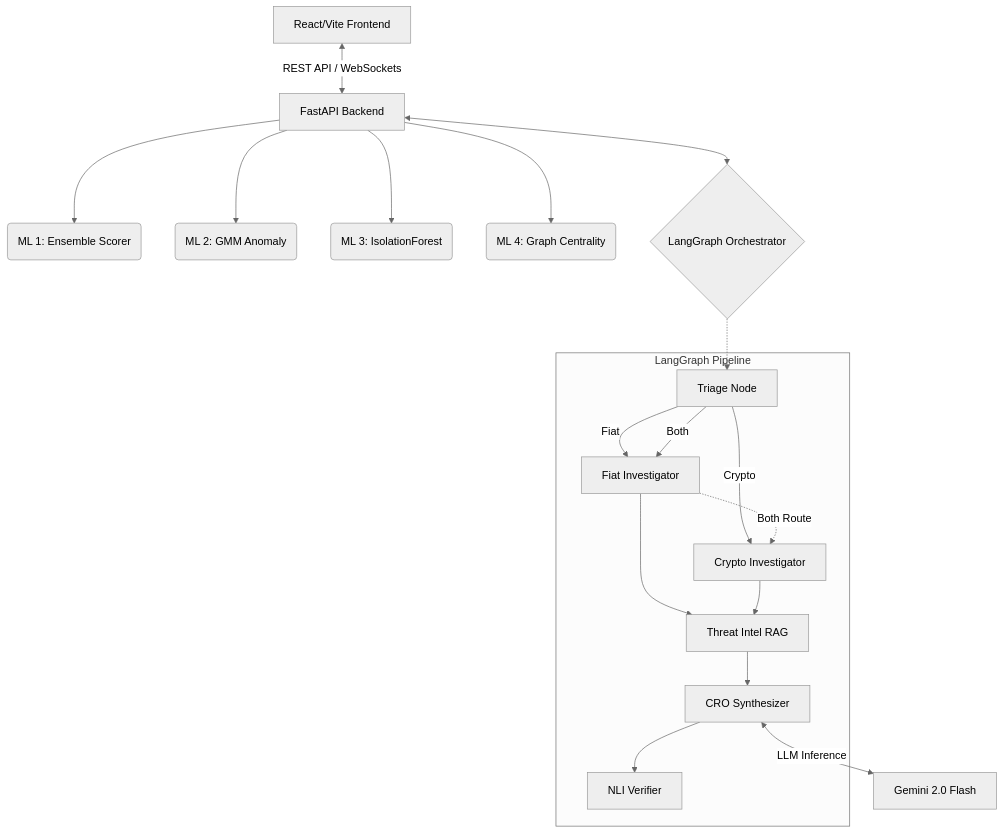
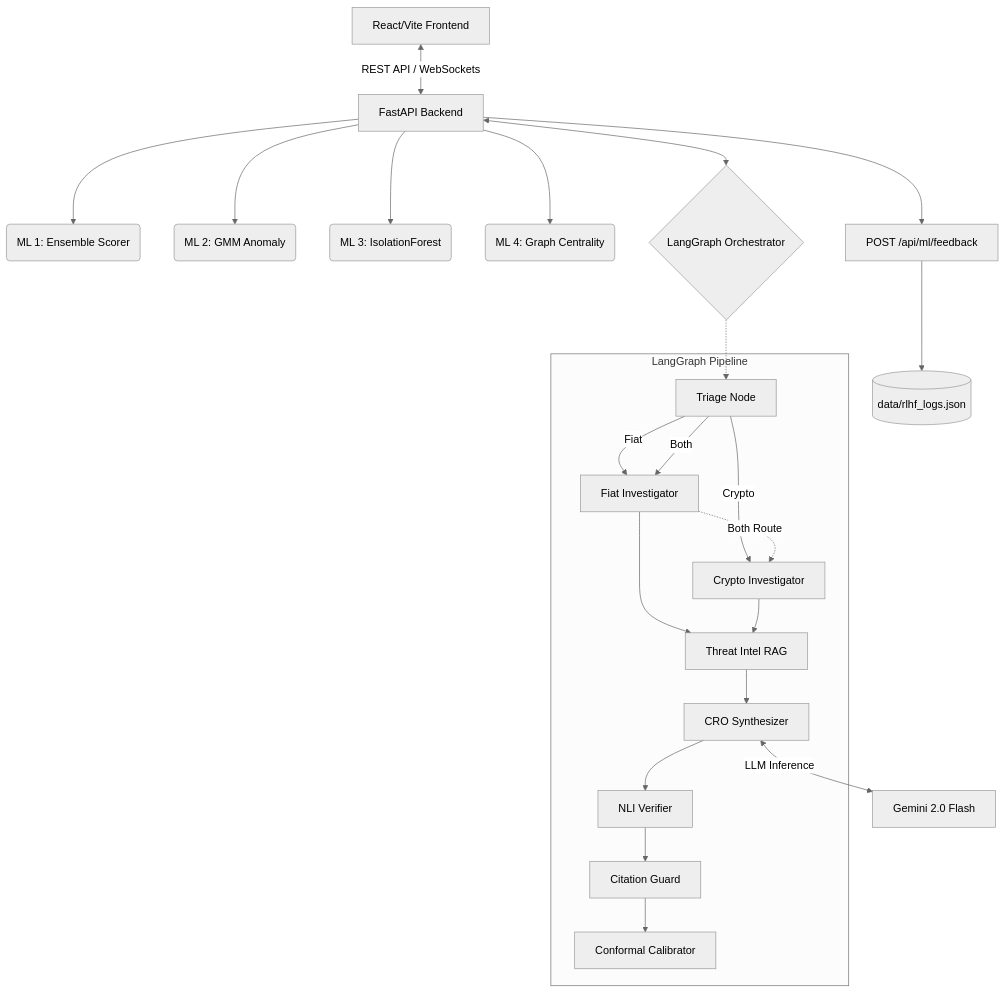
The first of 2 diagrams in README.md (darkphoenix2208/Verifi), drawn with Mermaid (neutral theme) before and after one commit. The commit also changed other lines of this file, not shown here.

Commit message:
docs: update README to feature ML Guardrails (Conformal, Citation Guard, RLHF) and updated System Architecture graphs

````diff
--- a/README.md
+++ b/README.md
@@ -20,23 +20,28 @@
 ```mermaid
 graph TD
     A[React/Vite Frontend] <-->|REST API / WebSockets| B[FastAPI Backend]
     B --> C(ML 1: Ensemble Scorer)
     B --> D(ML 2: GMM Anomaly)
     B --> E(ML 3: IsolationForest)
     B --> F(ML 4: Graph Centrality)
+    B --> RLHF[POST /api/ml/feedback]
+    RLHF --> JSON[(data/rlhf_logs.json)]
+    
     B <--> G{LangGraph Orchestrator}
     
     subgraph LangGraph Pipeline
         G_T[Triage Node] -->|Fiat| G_F[Fiat Investigator]
         G_T -->|Crypto| G_C[Crypto Investigator]
         G_T -->|Both| G_F
         G_F -.->|Both Route| G_C
         G_F --> G_R[Threat Intel RAG]
         G_C --> G_R
         G_R --> G_S[CRO Synthesizer]
         G_S --> G_NLI[NLI Verifier]
+        G_NLI --> G_CIT[Citation Guard]
+        G_CIT --> G_CONF[Conformal Calibrator]
     end
     
     G_S <-->|LLM Inference| H[Gemini 2.0 Flash]
     G -.-> G_T
 ```
````
